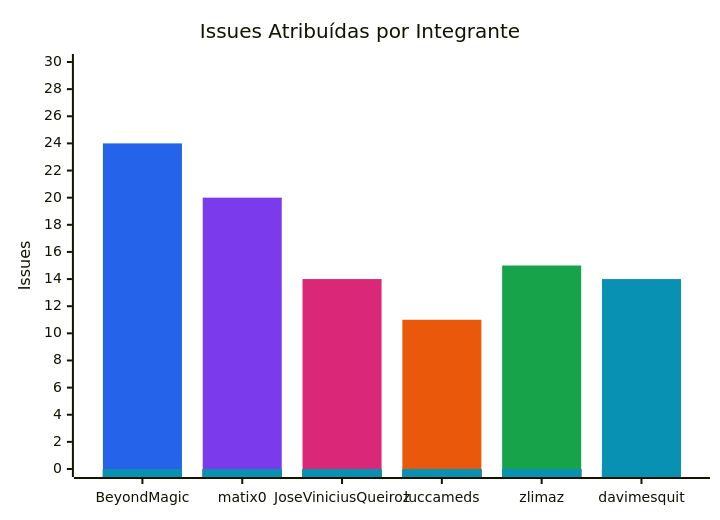
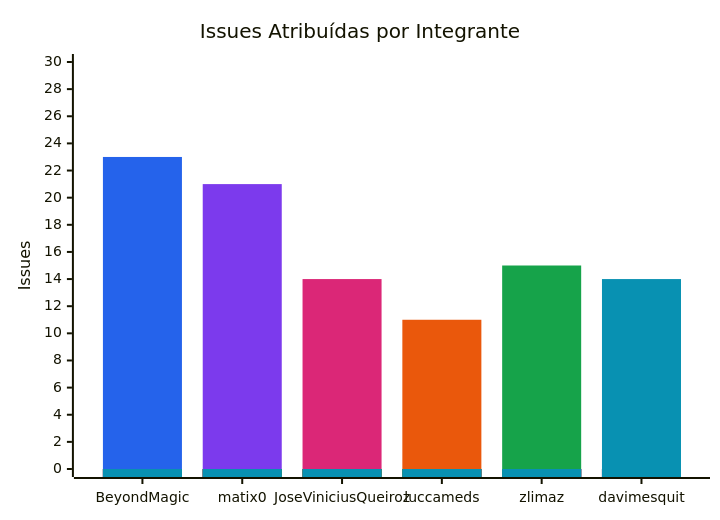
Before and after one commit to FCTE-Qualidade-de-Software-1/2026-2_T01_FRANS_BILAS: the diagram in documentation/snippets/management/assigned-issues.mmd, drawn with Mermaid. The commit also changed 6 other files, not shown here.

```diff
--- a/documentation/snippets/management/assigned-issues.mmd
+++ b/documentation/snippets/management/assigned-issues.mmd
@@ -1,11 +1,11 @@
 %%{init: {"themeVariables": {"xyChart": {"plotColorPalette": "#2563eb, #7c3aed, #db2777, #ea580c, #16a34a, #0891b2"}}}}%%
 xychart-beta
     title "Issues Atribuídas por Integrante"
     x-axis ["BeyondMagic", "matix0", "JoseViniciusQueiroz", "luccameds", "zlimaz", "davimesquit"]
     y-axis "Issues" 0 --> 30
-    bar [24, 0, 0, 0, 0, 0]
-    bar [0, 20, 0, 0, 0, 0]
+    bar [23, 0, 0, 0, 0, 0]
+    bar [0, 21, 0, 0, 0, 0]
     bar [0, 0, 14, 0, 0, 0]
     bar [0, 0, 0, 11, 0, 0]
     bar [0, 0, 0, 0, 15, 0]
     bar [0, 0, 0, 0, 0, 14]
```
